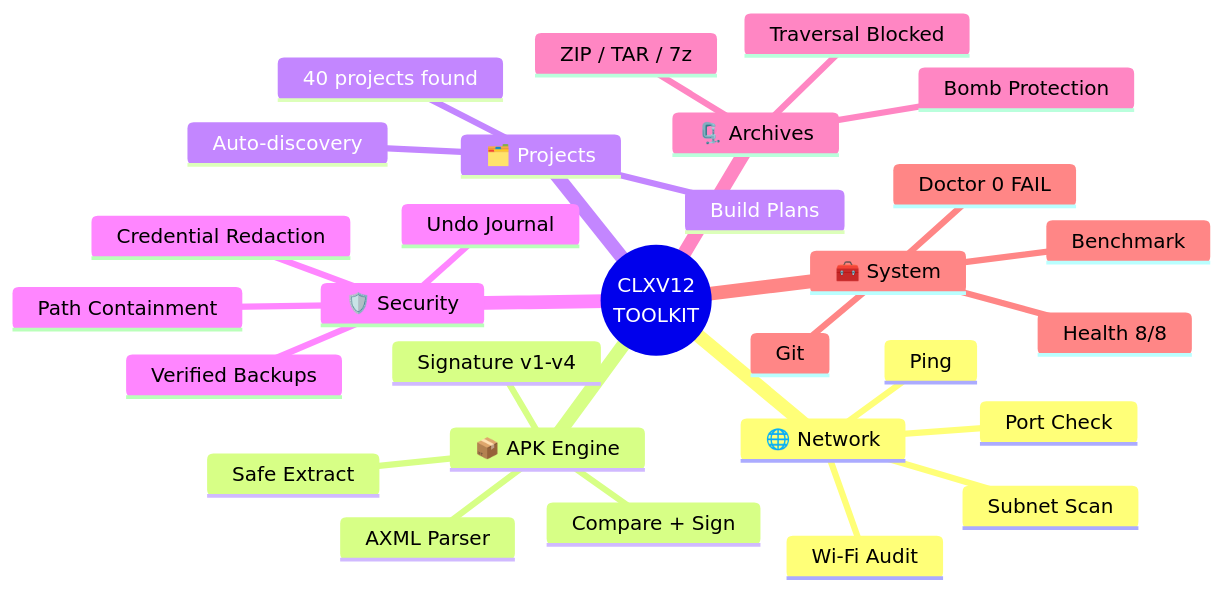
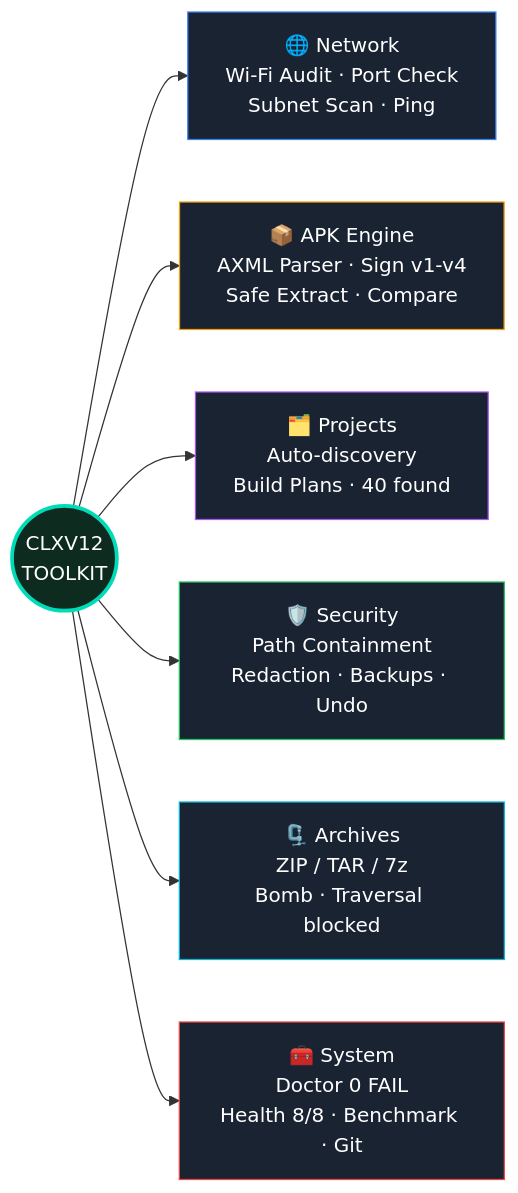
Before and after one commit to CLXV11/CLXV12-TOOLKIT: the diagram in README.md, drawn with Mermaid.

Commit message:
Update diagram format in README.md
Replaced mindmap diagram with flowchart for improved clarity.

````diff
--- a/README.md
+++ b/README.md
@@ -121,32 +121,18 @@
 ```mermaid
-mindmap
-  root((CLXV12<br/>TOOLKIT))
-    🌐 Network
-      Wi-Fi Audit
-      Port Check
-      Subnet Scan
-      Ping
-    📦 APK Engine
-      AXML Parser
-      Signature v1-v4
-      Safe Extract
-      Compare + Sign
-    🗂️ Projects
-      Auto-discovery
-      Build Plans
-      40 projects found
-    🛡️ Security
-      Path Containment
-      Credential Redaction
-      Verified Backups
-      Undo Journal
-    🗜️ Archives
-      ZIP / TAR / 7z
-      Bomb Protection
-      Traversal Blocked
-    🧰 System
-      Doctor 0 FAIL
-      Health 8/8
-      Benchmark
-      Git
+flowchart LR
+    ROOT((CLXV12<br/>TOOLKIT))
+    ROOT --> NET["🌐 Network<br/>Wi-Fi Audit · Port Check<br/>Subnet Scan · Ping"]
+    ROOT --> APK["📦 APK Engine<br/>AXML Parser · Sign v1-v4<br/>Safe Extract · Compare"]
+    ROOT --> PROJ["🗂️ Projects<br/>Auto-discovery<br/>Build Plans · 40 found"]
+    ROOT --> SEC["🛡️ Security<br/>Path Containment<br/>Redaction · Backups · Undo"]
+    ROOT --> ARC["🗜️ Archives<br/>ZIP / TAR / 7z<br/>Bomb · Traversal blocked"]
+    ROOT --> SYS["🧰 System<br/>Doctor 0 FAIL<br/>Health 8/8 · Benchmark · Git"]
+
+    style ROOT fill:#0d2b1f,stroke:#00dcb8,stroke-width:3px,color:#fff
+    style NET fill:#1a2332,stroke:#3b82f6,color:#fff
+    style APK fill:#1a2332,stroke:#f59e0b,color:#fff
+    style PROJ fill:#1a2332,stroke:#a855f7,color:#fff
+    style SEC fill:#1a2332,stroke:#22c55e,color:#fff
+    style ARC fill:#1a2332,stroke:#06b6d4,color:#fff
+    style SYS fill:#1a2332,stroke:#ef4444,color:#fff
 ```
````
